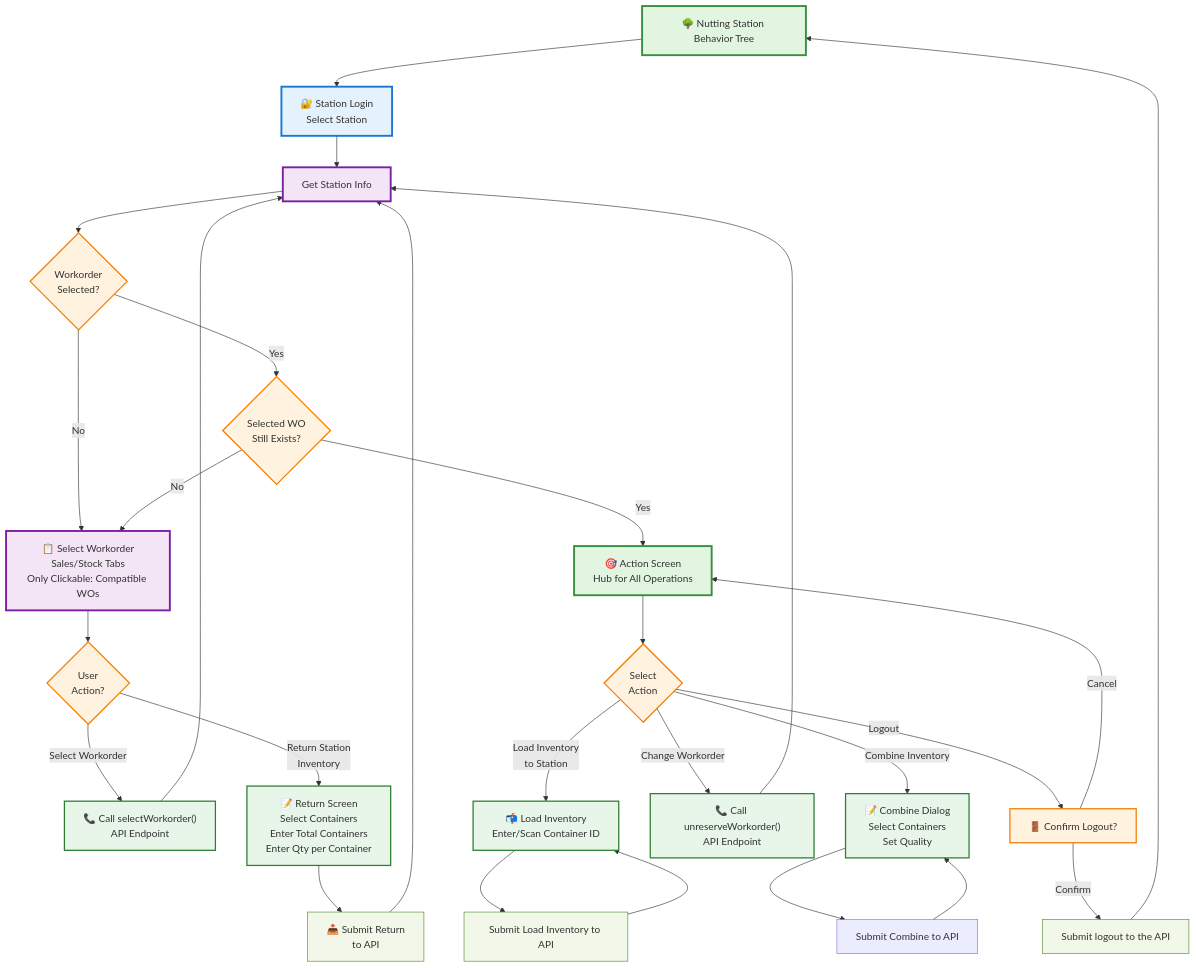
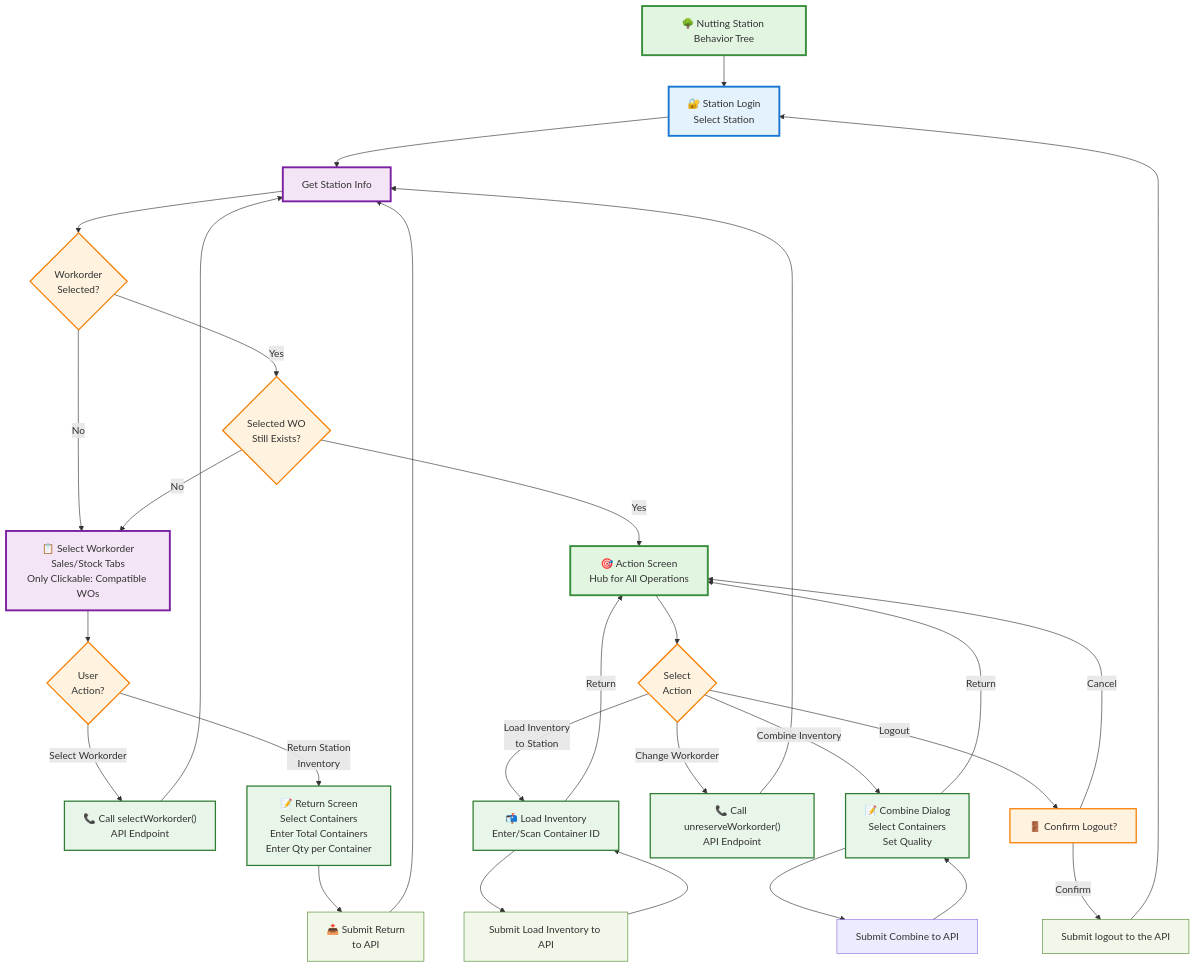
One commit to ben-mad-jlp/claude-mermaid-collab changed the diagram in diagrams/nutting-station-behavior-tree.mmd. Above: the diagram before and after it, drawn with Mermaid. The commit also changed 1 other file, not shown here.

```diff
--- a/diagrams/nutting-station-behavior-tree.mmd
+++ b/diagrams/nutting-station-behavior-tree.mmd
@@ -1,80 +1,82 @@
 graph TD
     Root["🌳 Nutting Station Behavior Tree"]
 
     %% Station Login Phase
     Root --> StationLogin["🔐 Station Login<br/>Select Station"]
 
 
     Refresh --> CheckWOSelected{Workorder<br/>Selected?}
 
     %% Workorder Selection Phase
     CheckWOSelected -->|No| SelectWO["📋 Select Workorder<br/>Sales/Stock Tabs<br/>Only Clickable: Compatible WOs"]
     CheckWOSelected -->|Yes| CheckWOExists{Selected WO<br/>Still Exists?}
 
     CheckWOExists -->|No| SelectWO
 
     SelectWO --> WOAction{User<br/>Action?}
 
     WOAction -->|Select Workorder| CallSelectWO["📞 Call selectWorkorder()<br/>API Endpoint"]
 
 
     WOAction -->|Return Station<br/>Inventory| ReturnFromWOList["📝 Return Screen<br/>Select Containers<br/>Enter Total Containers<br/>Enter Qty per Container"]
     ReturnFromWOList --> ReturnSubmit["📥 Submit Return<br/>to API"]
 
     ActionScreen["🎯 Action Screen<br/>Hub for All Operations"]
     CheckWOExists -->|Yes| ActionScreen
 
     %% Main Action Screen with Operation Branches
     ActionScreen --> Action{Select<br/>Action}
 
     %% Load Inventory to Station Action
     Action -->|Load Inventory<br/>to Station| LoadInventory["📬 Load Inventory<br/>Enter/Scan Container ID"]
     AddToInventory[Submit Load Inventory to API] --> LoadInventory
 
     %% Combine Inventory Action
     Action -->|Combine Inventory| CombineDialog["📝 Combine Dialog<br/>Select Containers<br/>Set Quality"]
 
     %% Return Inventory Action (from Action Screen)
 
     %% Change Workorder Action
     Action -->|Change Workorder| CallUnreserve["📞 Call unreserveWorkorder()<br/>API Endpoint"]
 
     %% Logout Action
     Action -->|Logout| LogoutConfirm["🚪 Confirm Logout?"]
     LogoutConfirm -->|Cancel| ActionScreen
     LogoutConfirm -->|Confirm| ExecuteLogout["🔓 Clear Session<br/>Reset State"]
-    ExecuteLogout[Submit logout to the API] --> Root
+    ExecuteLogout[Submit logout to the API] --> StationLogin
 
     %% Styling
     style Root fill:#e1f5e1,stroke:#388e3c,stroke-width:3px
     style StationLogin fill:#e3f2fd,stroke:#1976d2,stroke-width:3px
     style Refresh fill:#f3e5f5,stroke:#7b1fa2,stroke-width:3px
     style CheckWOSelected fill:#fff3e0,stroke:#f57c00,stroke-width:2px
     style CheckWOExists fill:#fff3e0,stroke:#f57c00,stroke-width:2px
     style SelectWO fill:#f3e5f5,stroke:#7b1fa2,stroke-width:3px
     style WOAction fill:#fff3e0,stroke:#f57c00,stroke-width:2px
     style CallSelectWO fill:#e8f5e9,stroke:#2e7d32,stroke-width:2px
     style ActionScreen fill:#e1f5e1,stroke:#388e3c,stroke-width:3px
     style Action fill:#fff3e0,stroke:#f57c00,stroke-width:2px
 
     style LoadInventory fill:#e8f5e9,stroke:#2e7d32,stroke-width:2px
     style AddToInventory fill:#f1f8e9,stroke:#558b2f
 
     style CombineDialog fill:#e8f5e9,stroke:#2e7d32,stroke-width:2px
 
     style ReturnFromWOList fill:#e8f5e9,stroke:#2e7d32,stroke-width:2px
     style ReturnSubmit fill:#f1f8e9,stroke:#558b2f
 
 
     style CallUnreserve fill:#e8f5e9,stroke:#2e7d32,stroke-width:2px
 
     style LogoutConfirm fill:#fff3e0,stroke:#f57c00,stroke-width:2px
     style ExecuteLogout fill:#f1f8e9,stroke:#558b2f
     LoadInventory --> AddToInventory
+    LoadInventory -->|Return| ActionScreen
     CombineDialog --> SubmitCombine
+    CombineDialog -->|Return| ActionScreen
     SubmitCombine["Submit Combine to API"]
     SubmitCombine --> CombineDialog
     ReturnSubmit --> Refresh
     CallSelectWO --> Refresh
     StationLogin --> Refresh["Get Station Info"]
     CallUnreserve --> Refresh
```
